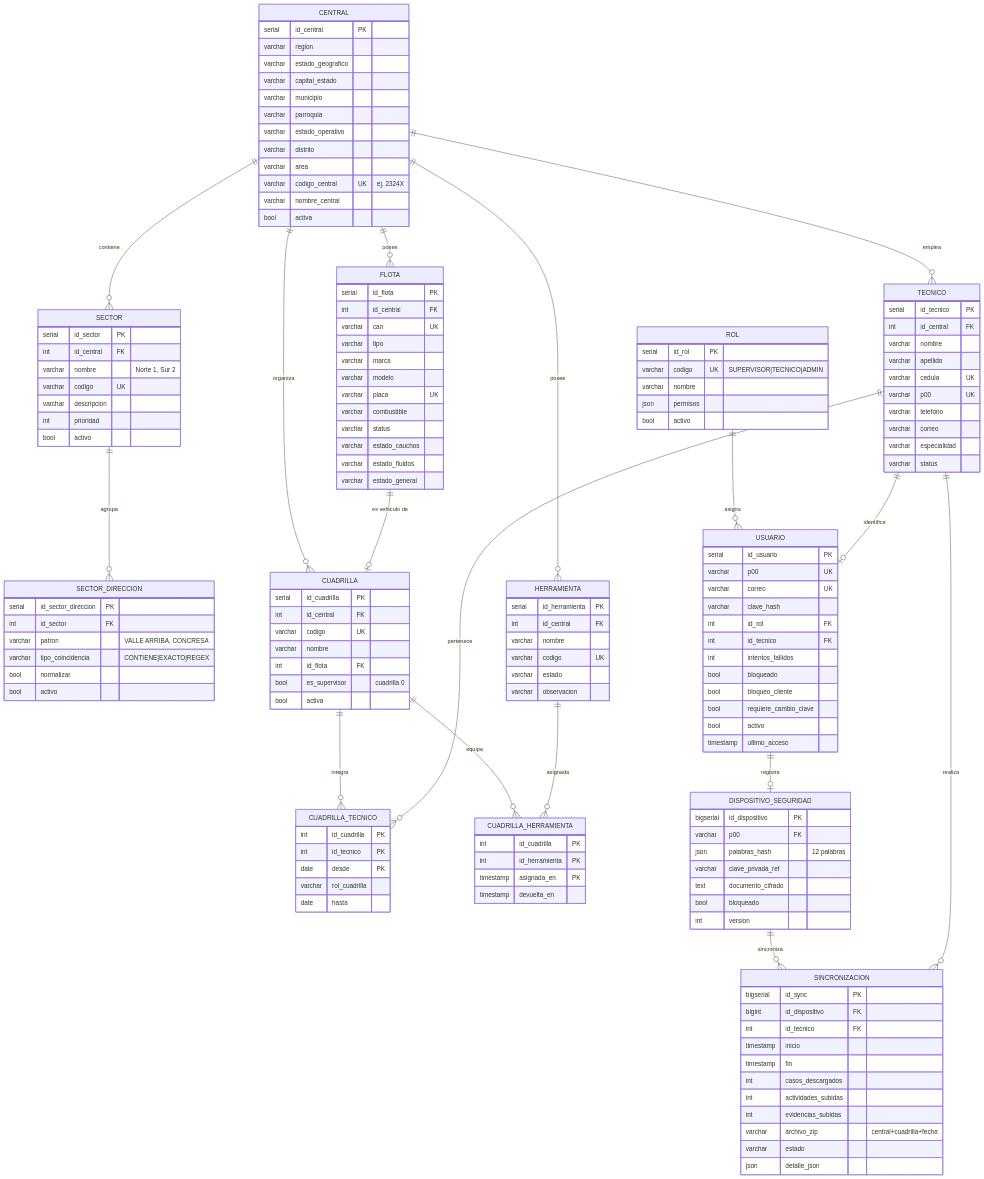
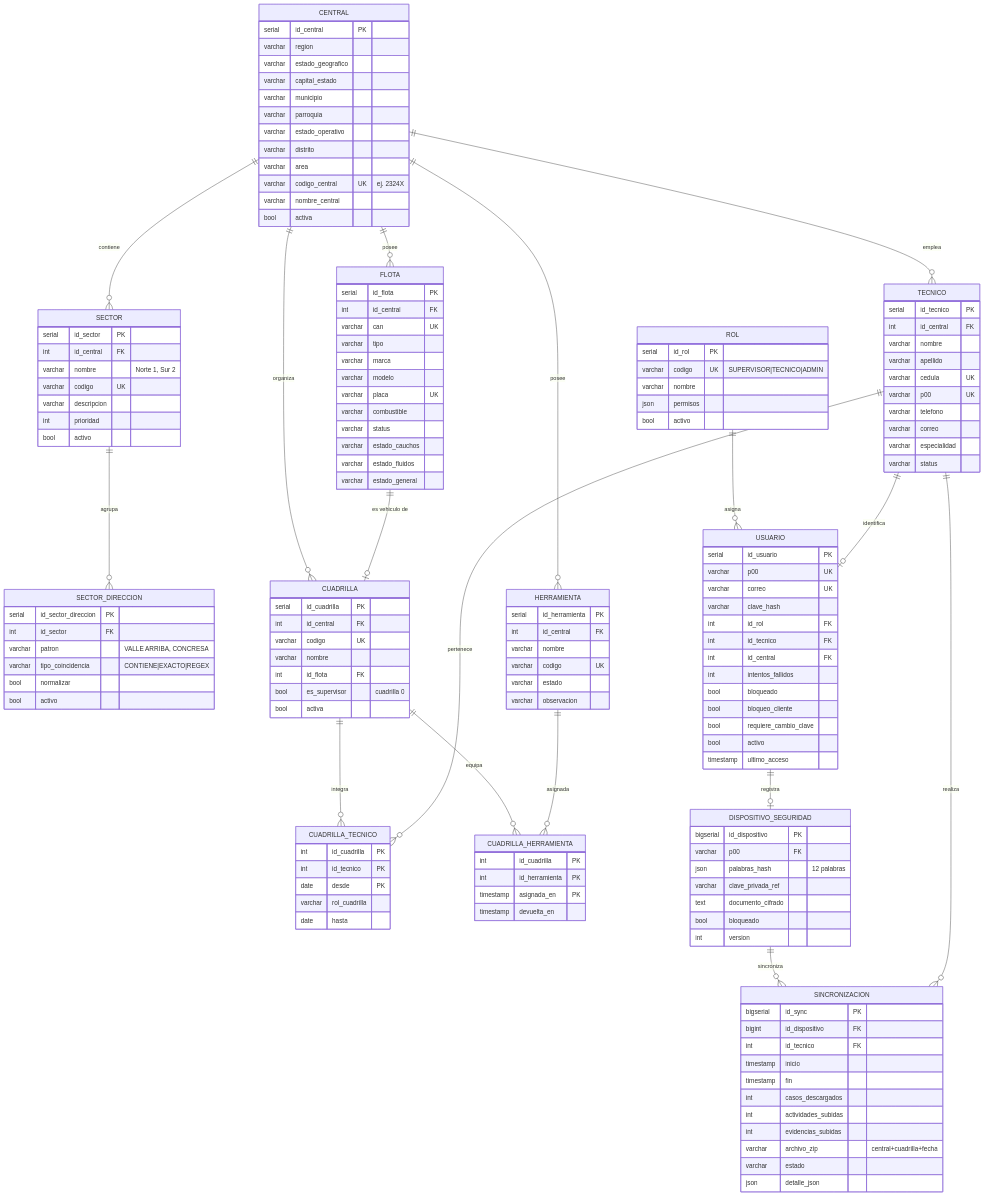
The second of 7 diagrams in RepoTecnico/modelo_er.md (anlucorporations/GGTO), drawn with Mermaid before and after one commit. The commit also changed 4 other files, not shown here.

```diff
--- a/RepoTecnico/modelo_er.md
+++ b/RepoTecnico/modelo_er.md
@@ -139,6 +139,7 @@
         varchar  clave_hash
         int      id_rol FK
         int      id_tecnico FK
+        int      id_central FK
         int      intentos_fallidos
         bool     bloqueado
         bool     bloqueo_cliente
```
